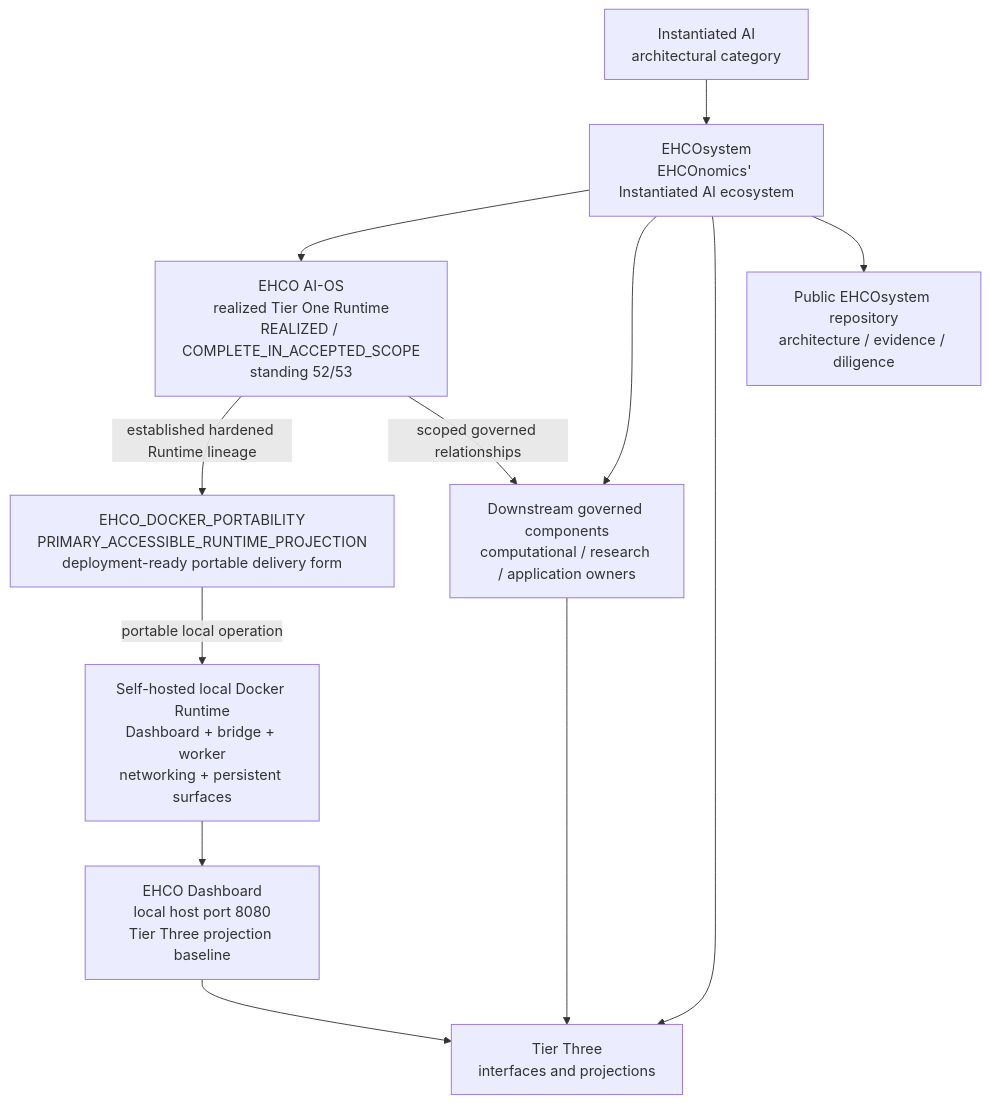
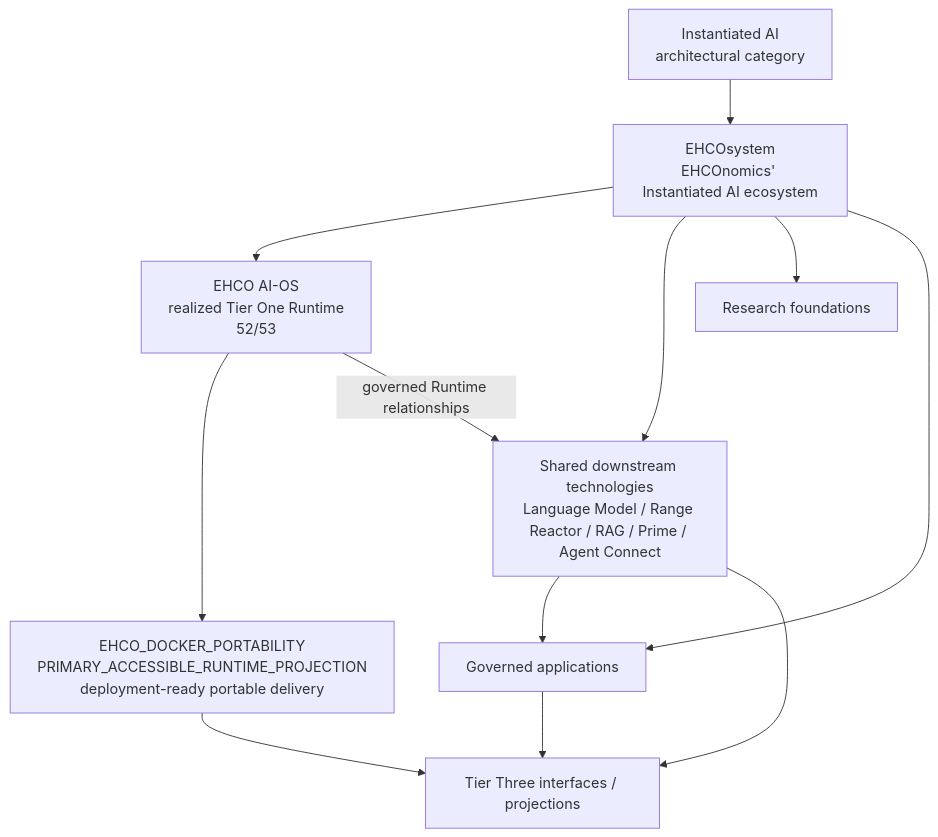
One commit to EHCOnomics-Systems/EHCOsystem changed the first of 4 diagrams in architecture/diagrams/README.md. Above: the diagram before and after it, drawn with Mermaid. The commit also changed other lines of this file, not shown here.

Commit message:
Make architecture diagrams current and resting-state durable

````diff
--- a/architecture/diagrams/README.md
+++ b/architecture/diagrams/README.md
@@ -18,24 +17,23 @@
 ```mermaid
 flowchart TD
     A[Instantiated AI<br/>architectural category]
     B[EHCOsystem<br/>EHCOnomics' Instantiated AI ecosystem]
-    C[EHCO AI-OS<br/>realized Tier One Runtime<br/>REALIZED / COMPLETE_IN_ACCEPTED_SCOPE<br/>standing 52/53]
-    D[EHCO_DOCKER_PORTABILITY<br/>PRIMARY_ACCESSIBLE_RUNTIME_PROJECTION<br/>deployment-ready portable delivery form]
-    L[Self-hosted local Docker Runtime<br/>Dashboard + bridge + worker<br/>networking + persistent surfaces]
-    H[EHCO Dashboard<br/>local host port 8080<br/>Tier Three projection baseline]
-    E[Downstream governed components<br/>computational / research / application owners]
-    F[Tier Three<br/>interfaces and projections]
-    G[Public EHCOsystem repository<br/>architecture / evidence / diligence]
+    C[EHCO AI-OS<br/>realized Tier One Runtime<br/>52/53]
+    D[EHCO_DOCKER_PORTABILITY<br/>PRIMARY_ACCESSIBLE_RUNTIME_PROJECTION<br/>deployment-ready portable delivery]
+    E[Shared downstream technologies<br/>Language Model / Range Reactor / RAG / Prime / Agent Connect]
+    F[Research foundations]
+    G[Governed applications]
+    H[Tier Three interfaces / projections]
 
     A --> B
     B --> C
     B --> E
     B --> F
     B --> G
-    C -->|established hardened Runtime lineage| D
-    D -->|portable local operation| L
-    L --> H
-    H --> F
-    C -->|scoped governed relationships| E
-    E --> F
+    C --> D
+    C -->|governed Runtime relationships| E
+    E --> G
+    D --> H
+    E --> H
+    G --> H
 ```
````
